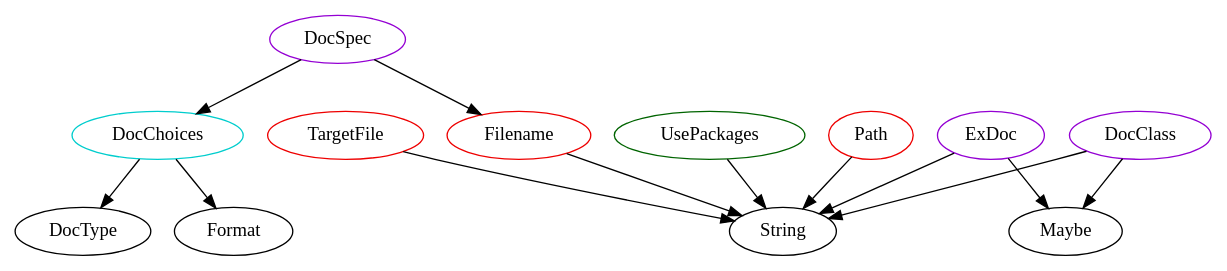
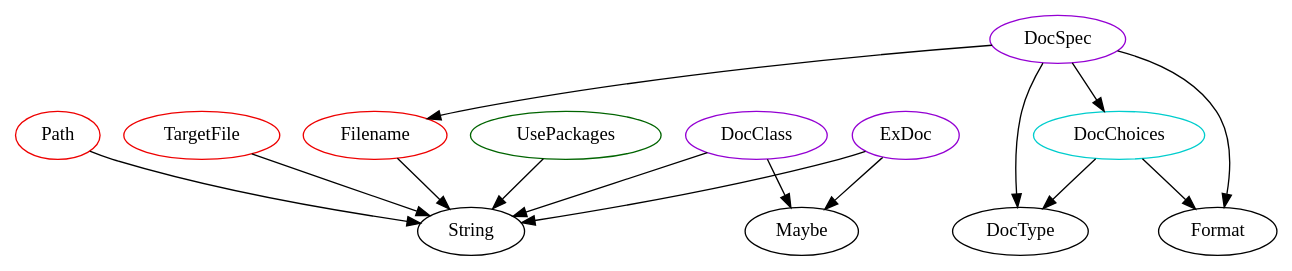
One commit to JacquesCarette/Drasil changed the diagram in analysis/TypeDependencyGraphs/gen.dot. Above: the diagram before and after it, drawn with Graphviz. The commit also changed 893 other files, not shown here.

```diff
--- a/analysis/TypeDependencyGraphs/gen.dot
+++ b/analysis/TypeDependencyGraphs/gen.dot
@@ -1,50 +1,52 @@
 digraph alltypes {
 	subgraph baecunkdbhs {
 	}
 	subgraph cunkdumph {
 		subgraph path{
 		Path	[shape=oval, color=red2, label="Path"];
 		Path -> String;
 		}
 		subgraph targetfile{
 		TargetFile	[shape=oval, color=red2, label="TargetFile"];
 		TargetFile -> String;
 		}
 	}
 	subgraph formats {
 		subgraph docchoices{
 		DocChoices	[shape=oval, color=cyan3, label="DocChoices"];
 		DocChoices -> DocType;
 		DocChoices -> Format;
 		}
 		subgraph docspec{
 		DocSpec	[shape=oval, color=darkviolet, label="DocSpec"];
 		DocSpec -> DocChoices;
 		DocSpec -> Filename;
+		DocSpec -> DocType;
+		DocSpec -> Format;
 		}
 		subgraph docclass{
 		DocClass	[shape=oval, color=darkviolet, label="DocClass"];
 		DocClass -> Maybe;
 		DocClass -> String;
 		}
 		subgraph exdoc{
 		ExDoc	[shape=oval, color=darkviolet, label="ExDoc"];
 		ExDoc -> Maybe;
 		ExDoc -> String;
 		}
 		subgraph usepackages{
 		UsePackages	[shape=oval, color=darkgreen, label="UsePackages"];
 		UsePackages -> String;
 		}
 		subgraph filename{
 		Filename	[shape=oval, color=red2, label="Filename"];
 		Filename -> String;
 		}
 	}
 	subgraph generate {
 	}
 	subgraph typececkh {
 	}
 	subgraph generator {
 	}
 }
```
